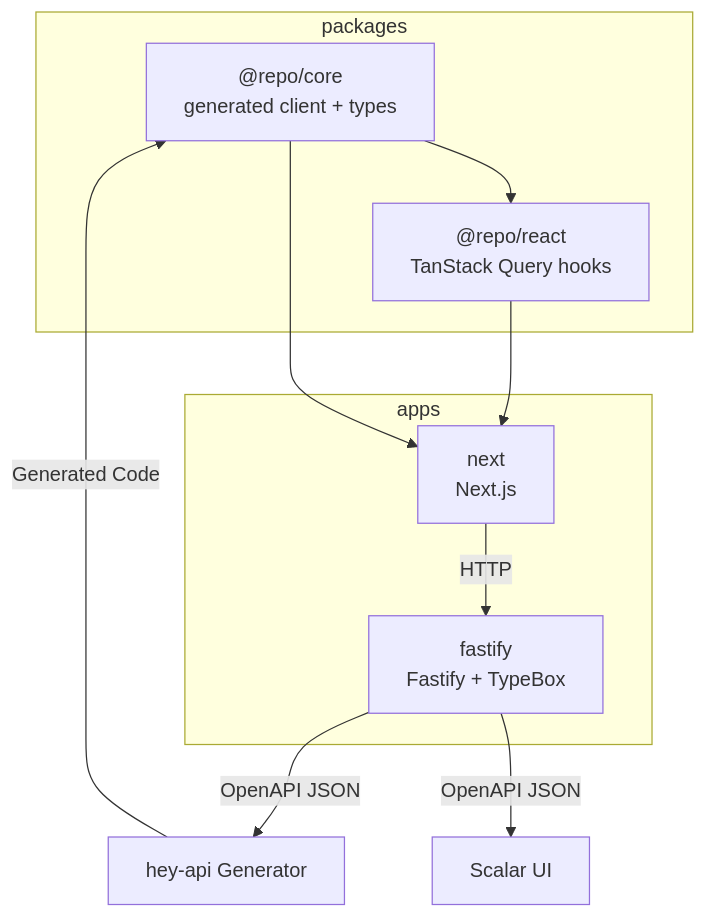
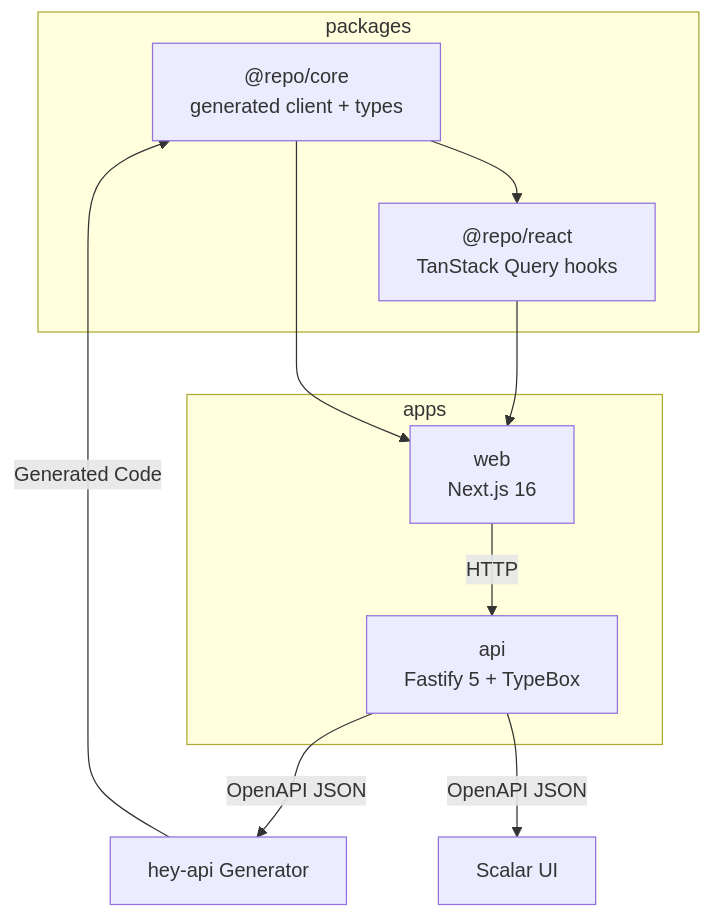
Before and after one commit to blockmatic/basilic: the diagram in apps/docu/content/docs/development/package-conventions.mdx, drawn with Mermaid. The commit also changed other lines of this file and 40 other files, not shown here.

````diff
--- a/apps/docu/content/docs/development/package-conventions.mdx
+++ b/apps/docu/content/docs/development/package-conventions.mdx
@@ -63,22 +63,22 @@
 ```mermaid
 flowchart TB
   subgraph P[packages]
     K["@repo/core<br/>generated client + types"]
     R["@repo/react<br/>TanStack Query hooks"]
   end
 
   subgraph A[apps]
-    API["fastify<br/>Fastify + TypeBox"]
-    WEB["next<br/>Next.js"]
+    API["api<br/>Fastify 5 + TypeBox"]
+    WEB["web<br/>Next.js 16"]
   end
 
   K --> R
 
   API -->|OpenAPI JSON| GEN[hey-api Generator]
   GEN -->|Generated Code| K
   API -->|OpenAPI JSON| DOCS[Scalar UI]
 
   R --> WEB
   K --> WEB
   WEB -->|HTTP| API
 ```
````
